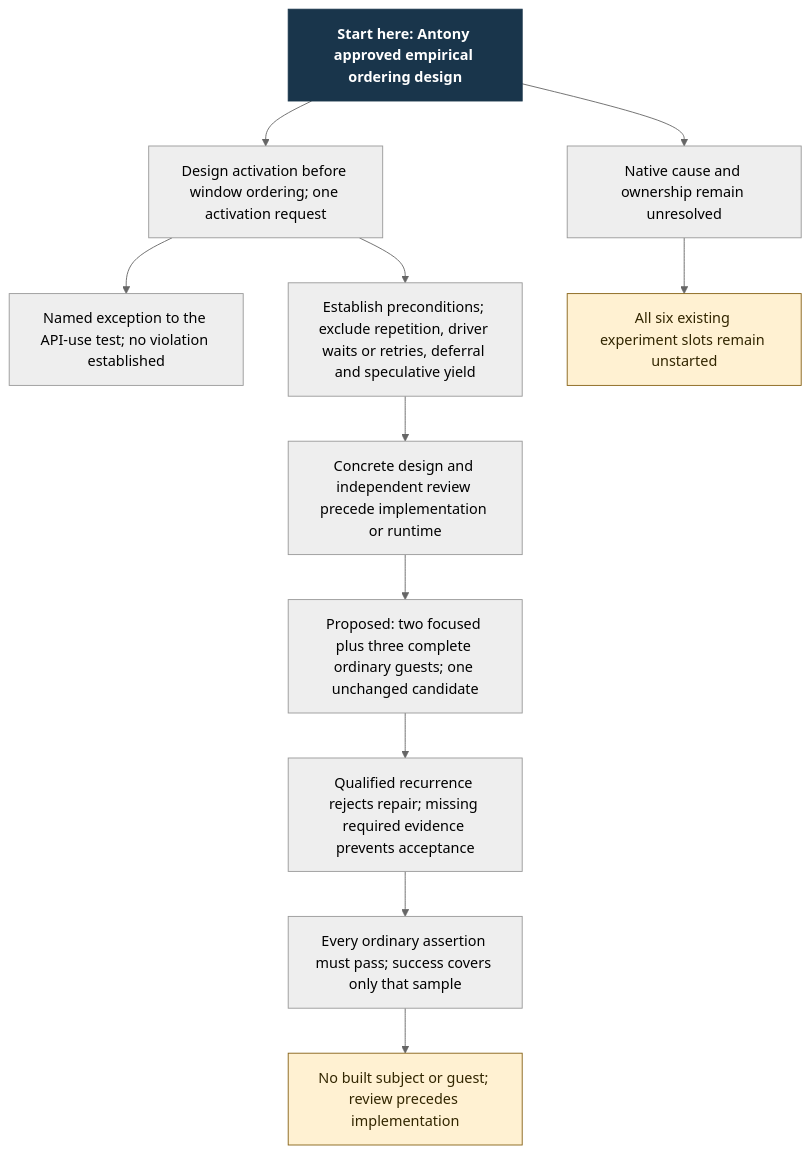
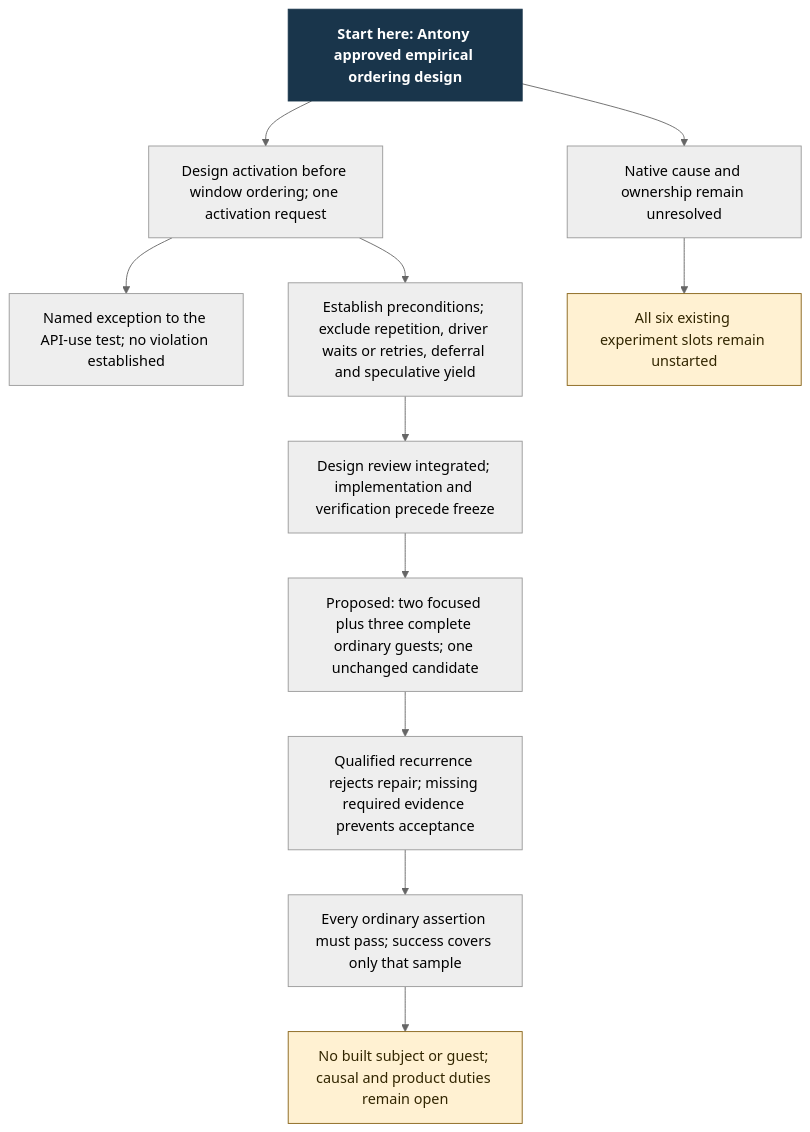
The diagram in docs/design/architecture/settings-activation/scope-choice.mmd (Linkuistics/Koine), drawn with Mermaid (neutral theme) before and after one commit. The commit also changed 20 other files, not shown here.

Commit message:
settings-activation-ordering-evaluation-k51: integrate ordering design review

```diff
--- a/docs/design/architecture/settings-activation/scope-choice.mmd
+++ b/docs/design/architecture/settings-activation/scope-choice.mmd
@@ -1,14 +1,14 @@
 flowchart TD
     S["Start here: Antony approved empirical ordering design"]:::start
     S --> A["Design activation before window ordering; one activation request"]
     A --> J["Named exception to the API-use test; no violation established"]
     A --> A1["Establish preconditions; exclude repetition, driver waits or retries, deferral and speculative yield"]
-    A1 --> A2["Concrete design and independent review precede implementation or runtime"]
+    A1 --> A2["Design review integrated; implementation and verification precede freeze"]
     A2 --> T["Proposed: two focused plus three complete ordinary guests; one unchanged candidate"]
     T --> F["Qualified recurrence rejects repair; missing required evidence prevents acceptance"]
     F --> P["Every ordinary assertion must pass; success covers only that sample"]
     S --> C["Native cause and ownership remain unresolved"]
     C --> H["All six existing experiment slots remain unstarted"]:::hold
-    P --> N["No built subject or guest; review precedes implementation"]:::hold
+    P --> N["No built subject or guest; causal and product duties remain open"]:::hold
     classDef start fill:#19354b,color:#fff,font-weight:bold,stroke:#19354b
     classDef hold fill:#fff1d2,color:#322600,stroke:#866216
```
